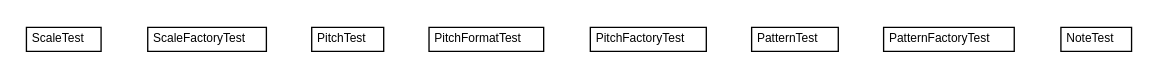
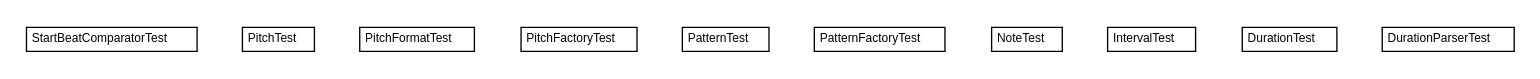
The diagram in testapidocs/com/rockhoppertech/music/com.rockhoppertech.music.dot (genedelisa/rockymusic), drawn with Graphviz before and after one commit. The commit also changed 1795 other files, not shown here.

```diff
--- a/testapidocs/com/rockhoppertech/music/com.rockhoppertech.music.dot
+++ b/testapidocs/com/rockhoppertech/music/com.rockhoppertech.music.dot
@@ -1,60 +1,72 @@
 #!/usr/local/bin/dot
 #
 # Class diagram 
 # Generated by UMLGraph version R5_6-24-gf6e263 (http://www.umlgraph.org/)
 #
 
 digraph G {
 	edge [fontname="Helvetica",fontsize=10,labelfontname="Helvetica",labelfontsize=10];
 	node [fontname="Helvetica",fontsize=10,shape=plaintext];
 	nodesep=0.25;
 	ranksep=0.5;
-	// com.rockhoppertech.music.ScaleTest
-	c156 [label=<<table title="com.rockhoppertech.music.ScaleTest" border="0" cellborder="1" cellspacing="0" cellpadding="2" port="p" href="./ScaleTest.html">
+	// com.rockhoppertech.music.StartBeatComparatorTest
+	c86 [label=<<table title="com.rockhoppertech.music.StartBeatComparatorTest" border="0" cellborder="1" cellspacing="0" cellpadding="2" port="p" href="./StartBeatComparatorTest.html">
 		<tr><td><table border="0" cellspacing="0" cellpadding="1">
-<tr><td align="center" balign="center"> ScaleTest </td></tr>
+<tr><td align="center" balign="center"> StartBeatComparatorTest </td></tr>
 		</table></td></tr>
-		</table>>, URL="./ScaleTest.html", fontname="Helvetica", fontcolor="black", fontsize=9.0];
-	// com.rockhoppertech.music.ScaleFactoryTest
-	c157 [label=<<table title="com.rockhoppertech.music.ScaleFactoryTest" border="0" cellborder="1" cellspacing="0" cellpadding="2" port="p" href="./ScaleFactoryTest.html">
-		<tr><td><table border="0" cellspacing="0" cellpadding="1">
-<tr><td align="center" balign="center"> ScaleFactoryTest </td></tr>
-		</table></td></tr>
-		</table>>, URL="./ScaleFactoryTest.html", fontname="Helvetica", fontcolor="black", fontsize=9.0];
+		</table>>, URL="./StartBeatComparatorTest.html", fontname="Helvetica", fontcolor="black", fontsize=9.0];
 	// com.rockhoppertech.music.PitchTest
-	c158 [label=<<table title="com.rockhoppertech.music.PitchTest" border="0" cellborder="1" cellspacing="0" cellpadding="2" port="p" href="./PitchTest.html">
+	c87 [label=<<table title="com.rockhoppertech.music.PitchTest" border="0" cellborder="1" cellspacing="0" cellpadding="2" port="p" href="./PitchTest.html">
 		<tr><td><table border="0" cellspacing="0" cellpadding="1">
 <tr><td align="center" balign="center"> PitchTest </td></tr>
 		</table></td></tr>
 		</table>>, URL="./PitchTest.html", fontname="Helvetica", fontcolor="black", fontsize=9.0];
 	// com.rockhoppertech.music.PitchFormatTest
-	c159 [label=<<table title="com.rockhoppertech.music.PitchFormatTest" border="0" cellborder="1" cellspacing="0" cellpadding="2" port="p" href="./PitchFormatTest.html">
+	c88 [label=<<table title="com.rockhoppertech.music.PitchFormatTest" border="0" cellborder="1" cellspacing="0" cellpadding="2" port="p" href="./PitchFormatTest.html">
 		<tr><td><table border="0" cellspacing="0" cellpadding="1">
 <tr><td align="center" balign="center"> PitchFormatTest </td></tr>
 		</table></td></tr>
 		</table>>, URL="./PitchFormatTest.html", fontname="Helvetica", fontcolor="black", fontsize=9.0];
 	// com.rockhoppertech.music.PitchFactoryTest
-	c160 [label=<<table title="com.rockhoppertech.music.PitchFactoryTest" border="0" cellborder="1" cellspacing="0" cellpadding="2" port="p" href="./PitchFactoryTest.html">
+	c89 [label=<<table title="com.rockhoppertech.music.PitchFactoryTest" border="0" cellborder="1" cellspacing="0" cellpadding="2" port="p" href="./PitchFactoryTest.html">
 		<tr><td><table border="0" cellspacing="0" cellpadding="1">
 <tr><td align="center" balign="center"> PitchFactoryTest </td></tr>
 		</table></td></tr>
 		</table>>, URL="./PitchFactoryTest.html", fontname="Helvetica", fontcolor="black", fontsize=9.0];
 	// com.rockhoppertech.music.PatternTest
-	c161 [label=<<table title="com.rockhoppertech.music.PatternTest" border="0" cellborder="1" cellspacing="0" cellpadding="2" port="p" href="./PatternTest.html">
+	c90 [label=<<table title="com.rockhoppertech.music.PatternTest" border="0" cellborder="1" cellspacing="0" cellpadding="2" port="p" href="./PatternTest.html">
 		<tr><td><table border="0" cellspacing="0" cellpadding="1">
 <tr><td align="center" balign="center"> PatternTest </td></tr>
 		</table></td></tr>
 		</table>>, URL="./PatternTest.html", fontname="Helvetica", fontcolor="black", fontsize=9.0];
 	// com.rockhoppertech.music.PatternFactoryTest
-	c162 [label=<<table title="com.rockhoppertech.music.PatternFactoryTest" border="0" cellborder="1" cellspacing="0" cellpadding="2" port="p" href="./PatternFactoryTest.html">
+	c91 [label=<<table title="com.rockhoppertech.music.PatternFactoryTest" border="0" cellborder="1" cellspacing="0" cellpadding="2" port="p" href="./PatternFactoryTest.html">
 		<tr><td><table border="0" cellspacing="0" cellpadding="1">
 <tr><td align="center" balign="center"> PatternFactoryTest </td></tr>
 		</table></td></tr>
 		</table>>, URL="./PatternFactoryTest.html", fontname="Helvetica", fontcolor="black", fontsize=9.0];
 	// com.rockhoppertech.music.NoteTest
-	c163 [label=<<table title="com.rockhoppertech.music.NoteTest" border="0" cellborder="1" cellspacing="0" cellpadding="2" port="p" href="./NoteTest.html">
+	c92 [label=<<table title="com.rockhoppertech.music.NoteTest" border="0" cellborder="1" cellspacing="0" cellpadding="2" port="p" href="./NoteTest.html">
 		<tr><td><table border="0" cellspacing="0" cellpadding="1">
 <tr><td align="center" balign="center"> NoteTest </td></tr>
 		</table></td></tr>
 		</table>>, URL="./NoteTest.html", fontname="Helvetica", fontcolor="black", fontsize=9.0];
+	// com.rockhoppertech.music.IntervalTest
+	c93 [label=<<table title="com.rockhoppertech.music.IntervalTest" border="0" cellborder="1" cellspacing="0" cellpadding="2" port="p" href="./IntervalTest.html">
+		<tr><td><table border="0" cellspacing="0" cellpadding="1">
+<tr><td align="center" balign="center"> IntervalTest </td></tr>
+		</table></td></tr>
+		</table>>, URL="./IntervalTest.html", fontname="Helvetica", fontcolor="black", fontsize=9.0];
+	// com.rockhoppertech.music.DurationTest
+	c94 [label=<<table title="com.rockhoppertech.music.DurationTest" border="0" cellborder="1" cellspacing="0" cellpadding="2" port="p" href="./DurationTest.html">
+		<tr><td><table border="0" cellspacing="0" cellpadding="1">
+<tr><td align="center" balign="center"> DurationTest </td></tr>
+		</table></td></tr>
+		</table>>, URL="./DurationTest.html", fontname="Helvetica", fontcolor="black", fontsize=9.0];
+	// com.rockhoppertech.music.DurationParserTest
+	c95 [label=<<table title="com.rockhoppertech.music.DurationParserTest" border="0" cellborder="1" cellspacing="0" cellpadding="2" port="p" href="./DurationParserTest.html">
+		<tr><td><table border="0" cellspacing="0" cellpadding="1">
+<tr><td align="center" balign="center"> DurationParserTest </td></tr>
+		</table></td></tr>
+		</table>>, URL="./DurationParserTest.html", fontname="Helvetica", fontcolor="black", fontsize=9.0];
 }
```
